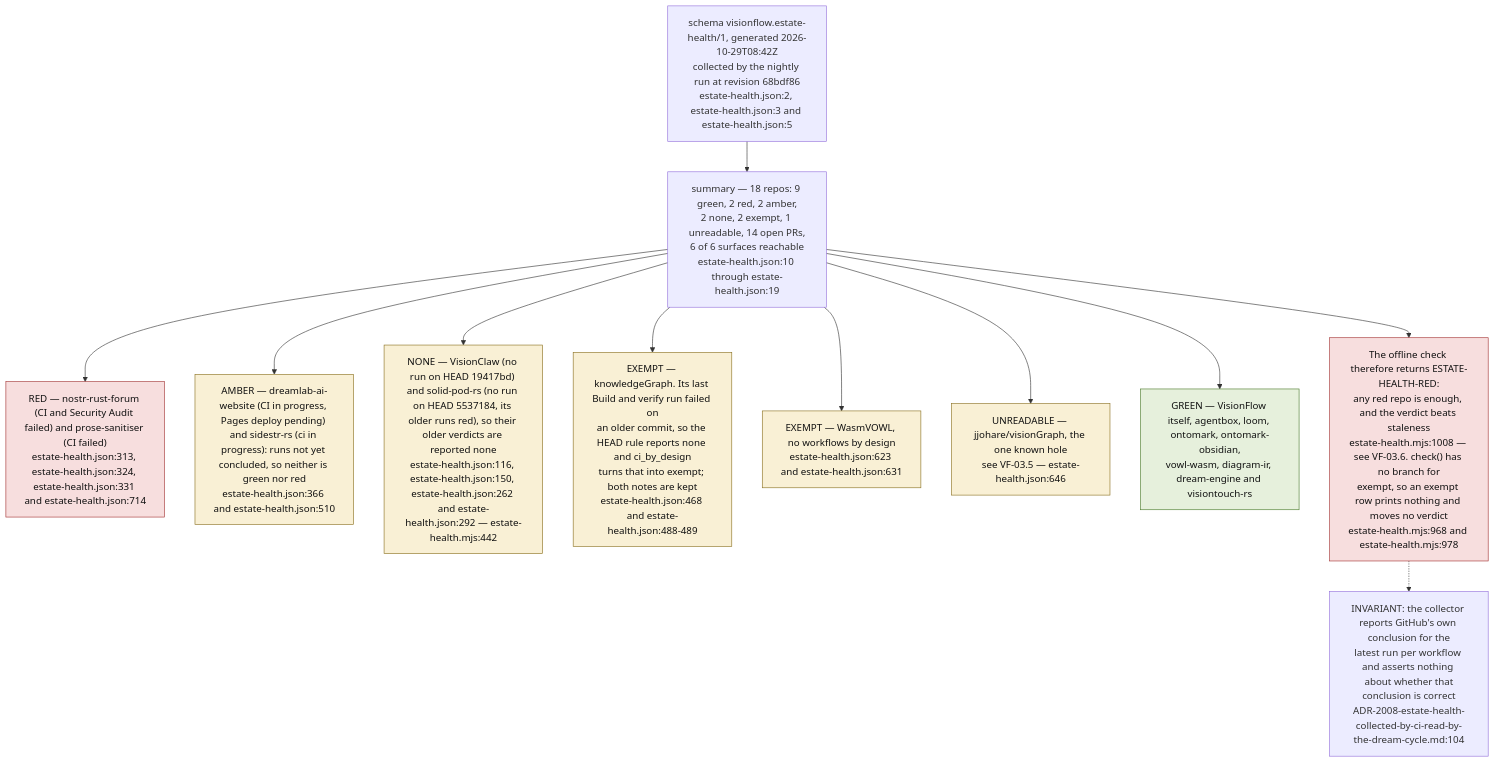
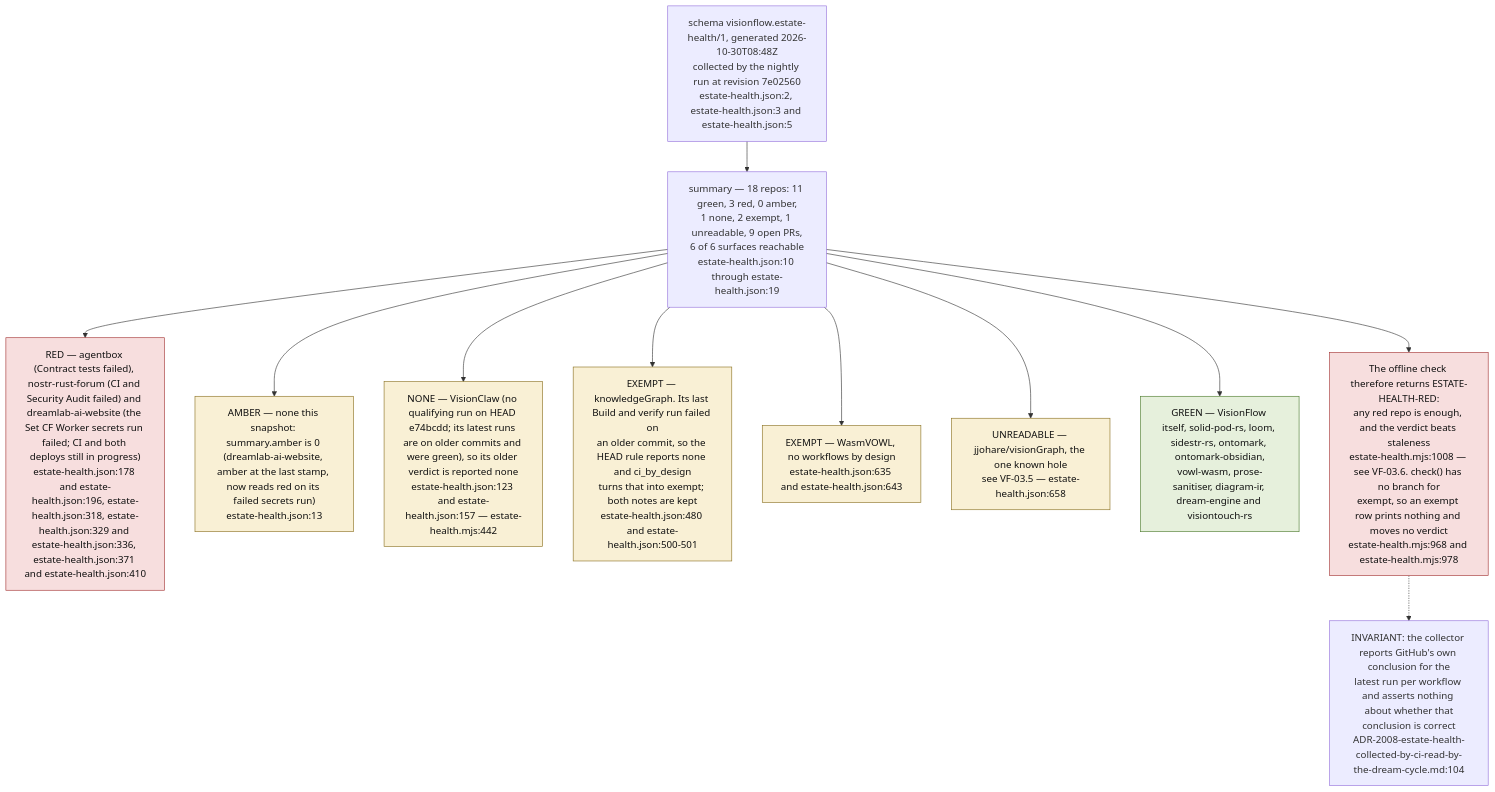
The ninth of 9 diagrams in docs/diagrams/visionflow/03-estate-health.md (DreamLab-AI/VisionFlow), drawn with Mermaid before and after one commit. The commit also changed other lines of this file and 142 other files, not shown here.

First line of the commit message:
docs(diagrams): one System One route; re-verify 140 topics at today's heads

````diff
--- a/docs/diagrams/visionflow/03-estate-health.md
+++ b/docs/diagrams/visionflow/03-estate-health.md
@@ -282,24 +282,24 @@
 ```mermaid
 flowchart TB
     classDef red fill:#f7dede,stroke:#a33333,color:#111
     classDef green fill:#e6f0dc,stroke:#4a7a2a,color:#111
     classDef amb fill:#f9f0d5,stroke:#8a7020,color:#111
 
-    SNAP["schema visionflow.estate-health/1, generated 2026-10-29T08:42Z<br/>collected by the nightly run at revision 68bdf86<br/>estate-health.json:2, estate-health.json:3 and estate-health.json:5"]
+    SNAP["schema visionflow.estate-health/1, generated 2026-10-30T08:48Z<br/>collected by the nightly run at revision 7e02560<br/>estate-health.json:2, estate-health.json:3 and estate-health.json:5"]
 
-    SNAP --> SUM["summary — 18 repos: 9 green, 2 red, 2 amber,<br/>2 none, 2 exempt, 1 unreadable, 14 open PRs,<br/>6 of 6 surfaces reachable<br/>estate-health.json:10 through estate-health.json:19"]
+    SNAP --> SUM["summary — 18 repos: 11 green, 3 red, 0 amber,<br/>1 none, 2 exempt, 1 unreadable, 9 open PRs,<br/>6 of 6 surfaces reachable<br/>estate-health.json:10 through estate-health.json:19"]
 
-    SUM --> R4["RED — nostr-rust-forum (CI and Security Audit failed) and prose-sanitiser (CI failed)<br/>estate-health.json:313, estate-health.json:324, estate-health.json:331 and estate-health.json:714"]:::red
-    SUM --> A1["AMBER — dreamlab-ai-website (CI in progress, Pages deploy pending) and sidestr-rs (ci in progress): runs not yet concluded, so neither is green nor red<br/>estate-health.json:366 and estate-health.json:510"]:::amb
-    SUM --> N1["NONE — VisionClaw (no run on HEAD 19417bd) and solid-pod-rs (no run on HEAD 5537184, its older runs red), so their older verdicts are reported none<br/>estate-health.json:116, estate-health.json:150, estate-health.json:262 and estate-health.json:292 — estate-health.mjs:442"]:::amb
-    SUM --> E1["EXEMPT — knowledgeGraph. Its last Build and verify run failed on<br/>an older commit, so the HEAD rule reports none and ci_by_design<br/>turns that into exempt; both notes are kept<br/>estate-health.json:468 and estate-health.json:488-489"]:::amb
-    SUM --> E2["EXEMPT — WasmVOWL, no workflows by design<br/>estate-health.json:623 and estate-health.json:631"]:::amb
-    SUM --> U1["UNREADABLE — jjohare/visionGraph, the one known hole<br/>see VF-03.5 — estate-health.json:646"]:::amb
-    SUM --> G1["GREEN — VisionFlow itself, agentbox, loom, ontomark, ontomark-obsidian,<br/>vowl-wasm, diagram-ir, dream-engine and visiontouch-rs"]:::green
+    SUM --> R4["RED — agentbox (Contract tests failed), nostr-rust-forum (CI and Security Audit failed) and dreamlab-ai-website (the Set CF Worker secrets run failed; CI and both deploys still in progress)<br/>estate-health.json:178 and estate-health.json:196, estate-health.json:318, estate-health.json:329 and estate-health.json:336, estate-health.json:371 and estate-health.json:410"]:::red
+    SUM --> A1["AMBER — none this snapshot: summary.amber is 0 (dreamlab-ai-website, amber at the last stamp, now reads red on its failed secrets run)<br/>estate-health.json:13"]:::amb
+    SUM --> N1["NONE — VisionClaw (no qualifying run on HEAD e74bcdd; its latest runs are on older commits and were green), so its older verdict is reported none<br/>estate-health.json:123 and estate-health.json:157 — estate-health.mjs:442"]:::amb
+    SUM --> E1["EXEMPT — knowledgeGraph. Its last Build and verify run failed on<br/>an older commit, so the HEAD rule reports none and ci_by_design<br/>turns that into exempt; both notes are kept<br/>estate-health.json:480 and estate-health.json:500-501"]:::amb
+    SUM --> E2["EXEMPT — WasmVOWL, no workflows by design<br/>estate-health.json:635 and estate-health.json:643"]:::amb
+    SUM --> U1["UNREADABLE — jjohare/visionGraph, the one known hole<br/>see VF-03.5 — estate-health.json:658"]:::amb
+    SUM --> G1["GREEN — VisionFlow itself, solid-pod-rs, loom, sidestr-rs, ontomark, ontomark-obsidian,<br/>vowl-wasm, prose-sanitiser, diagram-ir, dream-engine and visiontouch-rs"]:::green
 
     VERD["The offline check therefore returns ESTATE-HEALTH-RED:<br/>any red repo is enough, and the verdict beats staleness<br/>estate-health.mjs:1008 — see VF-03.6. check() has no branch for<br/>exempt, so an exempt row prints nothing and moves no verdict<br/>estate-health.mjs:968 and estate-health.mjs:978"]:::red
     SUM --> VERD
 
     INV["INVARIANT: the collector reports GitHub's own conclusion for the<br/>latest run per workflow and asserts nothing about whether that<br/>conclusion is correct<br/>ADR-2008-estate-health-collected-by-ci-read-by-the-dream-cycle.md:104"]
     VERD -.-> INV
 ```
````
